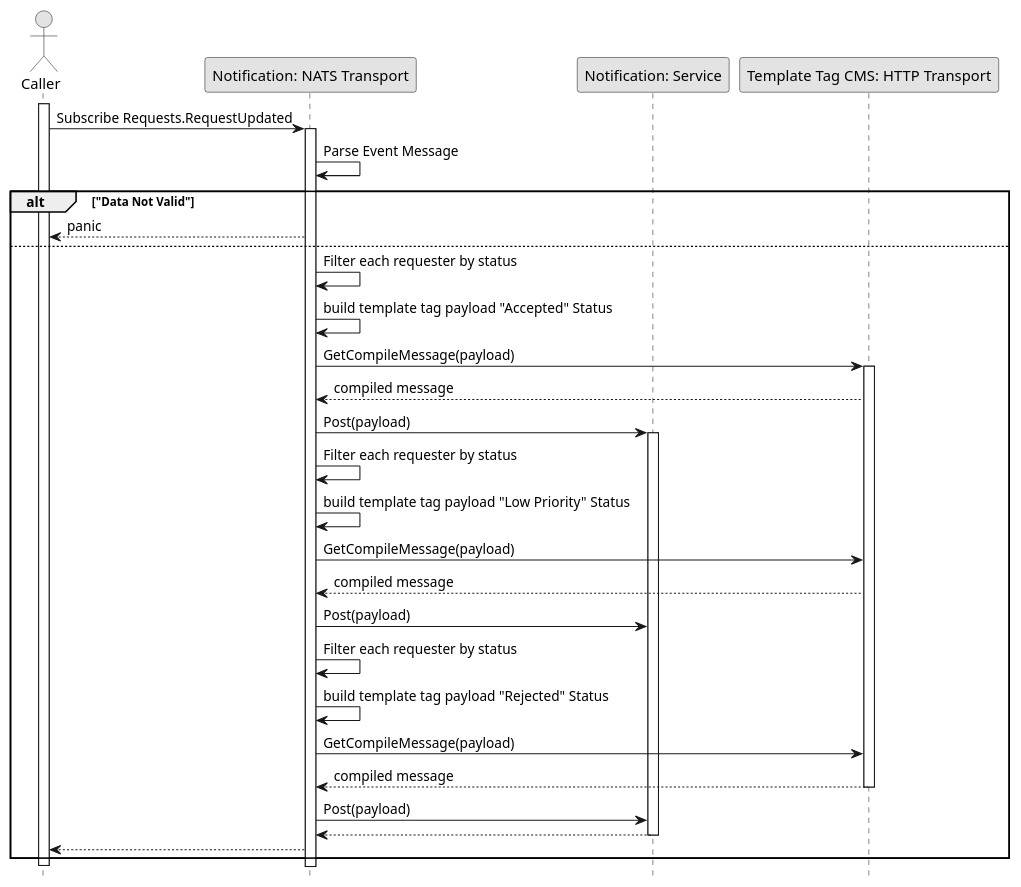
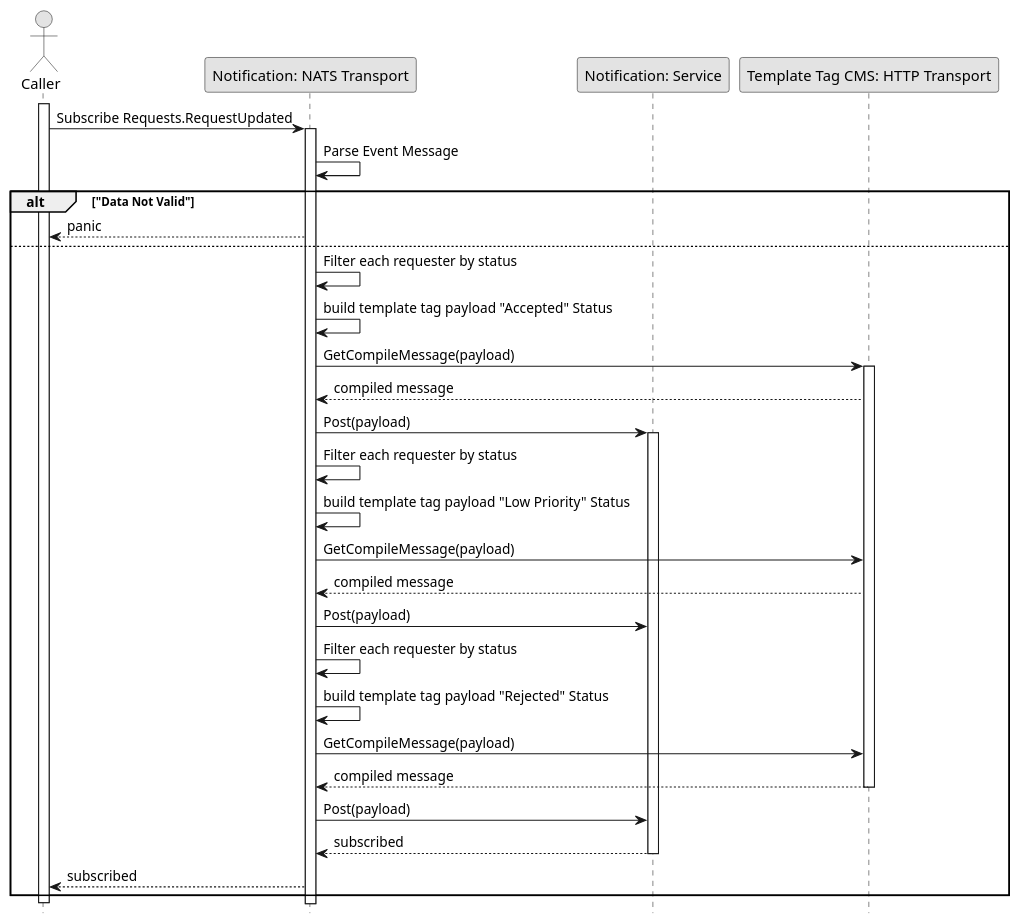
Before and after one commit to fwidjaya20/fazzlearning-uml: the diagram in Sequence/Release04/NOTIFICATION_SubscribeCommitRequest.wsd, drawn with PlantUML. The commit also changed 13 other files, not shown here.

Commit message:
fix(sequence): adding return wording

```diff
--- a/Sequence/Release04/NOTIFICATION_SubscribeCommitRequest.wsd
+++ b/Sequence/Release04/NOTIFICATION_SubscribeCommitRequest.wsd
@@ -1,49 +1,49 @@
 @startuml NOTIFICATION_SubscribeCommitRequest
 
 skinparam Monochrome true
 skinparam Shadowing false
 hide footbox
 
 actor "Caller" as Caller
 participant "Notification: NATS Transport" as NotificationNATSTransport
 participant "Notification: Service" as NotificationService
 participant "Template Tag CMS: HTTP Transport" as TTCMSHTTPTransport
 
 activate Caller
 
 Caller->NotificationNATSTransport: Subscribe Requests.RequestUpdated
 activate NotificationNATSTransport
 NotificationNATSTransport->NotificationNATSTransport: Parse Event Message
 
 alt "Data Not Valid"
     NotificationNATSTransport-->Caller: panic
 else
     NotificationNATSTransport->NotificationNATSTransport: Filter each requester by status
     NotificationNATSTransport->NotificationNATSTransport: build template tag payload "Accepted" Status
     NotificationNATSTransport->TTCMSHTTPTransport: GetCompileMessage(payload)
     activate TTCMSHTTPTransport
     TTCMSHTTPTransport-->NotificationNATSTransport: compiled message
     NotificationNATSTransport->NotificationService: Post(payload)
     activate NotificationService
 
     NotificationNATSTransport->NotificationNATSTransport: Filter each requester by status
     NotificationNATSTransport->NotificationNATSTransport: build template tag payload "Low Priority" Status
     NotificationNATSTransport->TTCMSHTTPTransport: GetCompileMessage(payload)
     TTCMSHTTPTransport-->NotificationNATSTransport: compiled message
     NotificationNATSTransport->NotificationService: Post(payload)
 
     NotificationNATSTransport->NotificationNATSTransport: Filter each requester by status
     NotificationNATSTransport->NotificationNATSTransport: build template tag payload "Rejected" Status
     NotificationNATSTransport->TTCMSHTTPTransport: GetCompileMessage(payload)
     TTCMSHTTPTransport-->NotificationNATSTransport: compiled message
     deactivate TTCMSHTTPTransport
     NotificationNATSTransport->NotificationService: Post(payload)
     
-    NotificationService-->NotificationNATSTransport
+    NotificationService-->NotificationNATSTransport: subscribed
     deactivate NotificationService
-    NotificationNATSTransport-->Caller
+    NotificationNATSTransport-->Caller: subscribed
 end
 
 deactivate Caller
 
 @enduml
```
